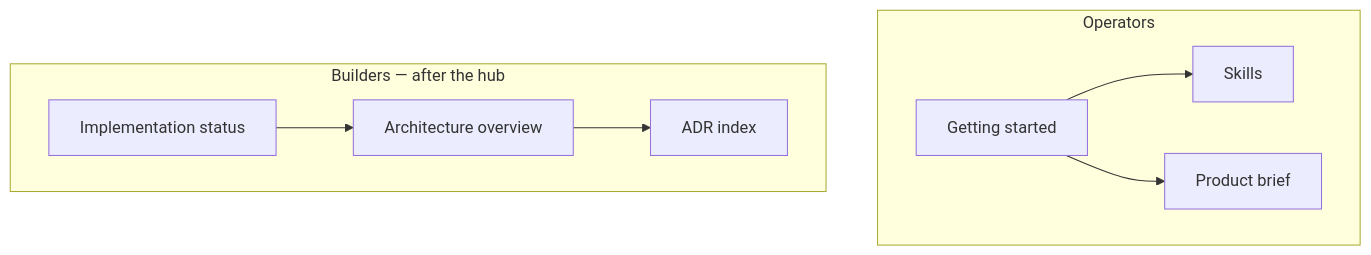
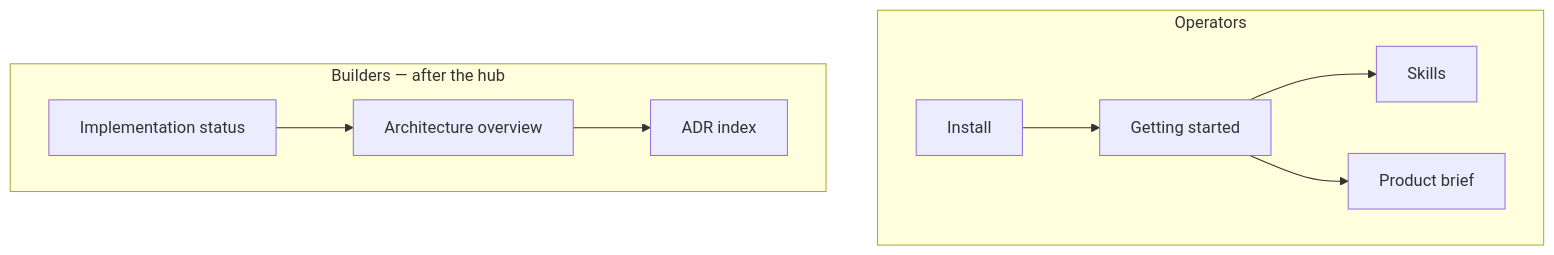
The diagram in docs/README.md (smota/meshloop), drawn with Mermaid before and after one commit. The commit also changed other lines of this file and 21 other files, not shown here.

First line of the commit message:
Document crates.io install and the operator setup flow.

````diff
--- a/docs/README.md
+++ b/docs/README.md
@@ -13,17 +14,19 @@
 ```mermaid
 flowchart TB
   subgraph operators [Operators]
+    Install[Install]
     Start[Getting started]
     Skills[Skills]
     Brief[Product brief]
   end
   subgraph builders [Builders — after the hub]
     Status[Implementation status]
     Overview[Architecture overview]
     ADRs[ADR index]
   end
+  Install --> Start
   Start --> Skills
   Start --> Brief
   Status --> Overview
   Overview --> ADRs
 ```
````
